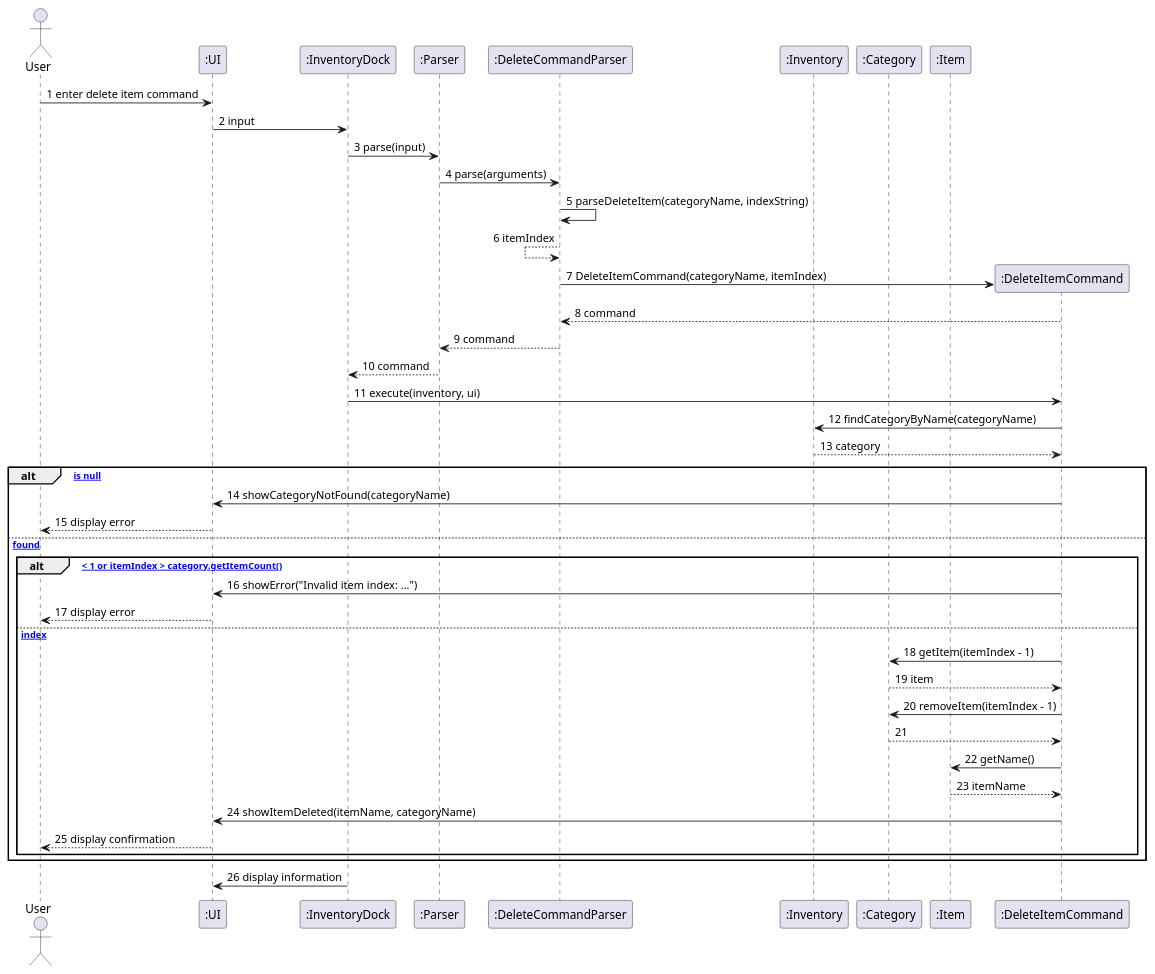
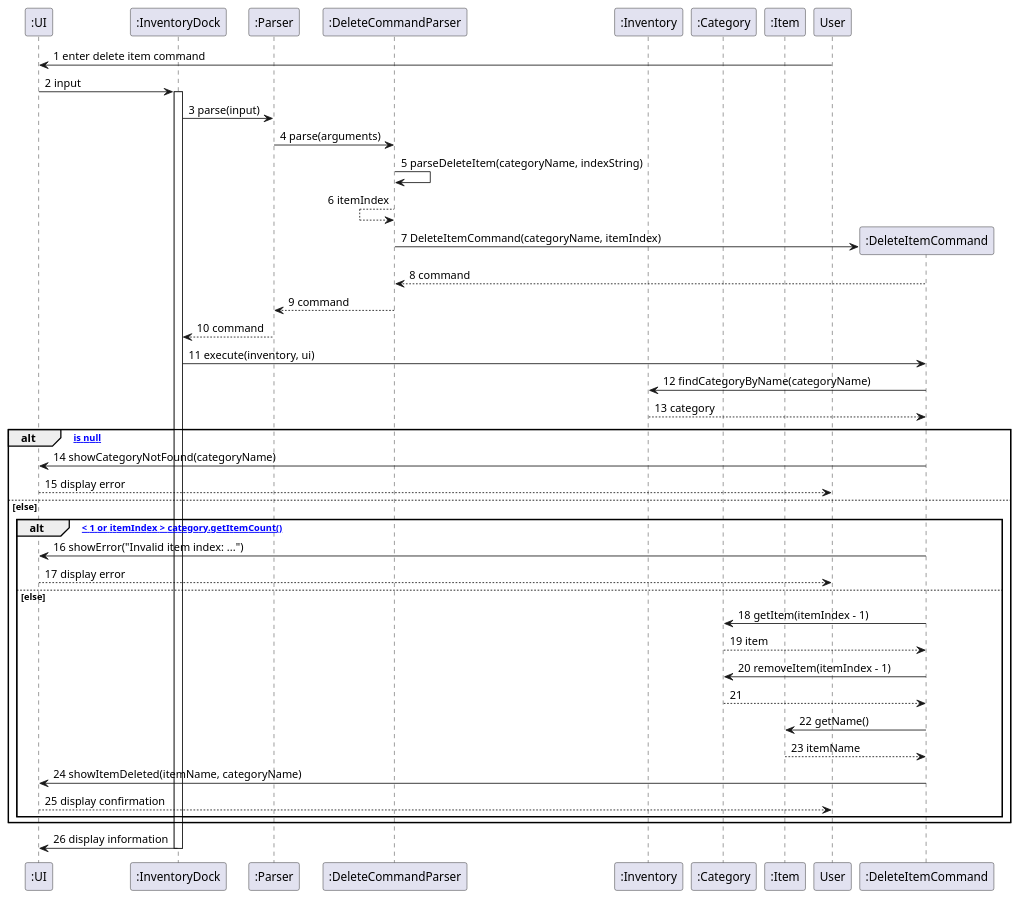
One commit to KOIiiii07/tp changed the diagram in docs/diagrams/sequence/DeleteItemCommandMainFlow.puml. Above: the diagram before and after it, drawn with PlantUML. The commit also changed other lines of this file and 100 other files, not shown here.

Commit message:
Update diagrams

```diff
--- a/docs/diagrams/sequence/DeleteItemCommandMainFlow.puml
+++ b/docs/diagrams/sequence/DeleteItemCommandMainFlow.puml
@@ -1,49 +1,50 @@
-@startuml Sequence Diagram for DeleteItemCommand
-actor User
+@startuml`r`ntitle Sequence Diagram for DeleteItemCommand`r`nactor User
 participant ":UI" as UI
 participant ":InventoryDock" as InventoryDock
 participant ":Parser" as Parser
 participant ":DeleteCommandParser" as DeleteCommandParser
 participant ":Inventory" as Inventory
 participant ":Category" as Category
 participant ":Item" as Item
 
 User -> UI : 1 enter delete item command
 UI -> InventoryDock : 2 input
+activate InventoryDock
 InventoryDock -> Parser : 3 parse(input)
 Parser -> DeleteCommandParser : 4 parse(arguments)
 DeleteCommandParser -> DeleteCommandParser : 5 parseDeleteItem(categoryName, indexString)
 DeleteCommandParser <-- DeleteCommandParser : 6 itemIndex
 create ":DeleteItemCommand" as DeleteItemCommand
 DeleteCommandParser -> DeleteItemCommand : 7 DeleteItemCommand(categoryName, itemIndex)
 DeleteCommandParser <-- DeleteItemCommand : 8 command
 Parser <-- DeleteCommandParser : 9 command
 InventoryDock <-- Parser : 10 command
 InventoryDock -> DeleteItemCommand : 11 execute(inventory, ui)
 DeleteItemCommand -> Inventory : 12 findCategoryByName(categoryName)
 DeleteItemCommand <-- Inventory : 13 category
 
 alt [category is null]
     DeleteItemCommand -> UI : 14 showCategoryNotFound(categoryName)
     UI --> User : 15 display error
 
-else [category found]
+else else
     alt [itemIndex < 1 or itemIndex > category.getItemCount()]
         DeleteItemCommand -> UI : 16 showError("Invalid item index: ...")
         UI --> User : 17 display error
 
-    else [valid index]
+    else else
         DeleteItemCommand -> Category : 18 getItem(itemIndex - 1)
         DeleteItemCommand <-- Category : 19 item
         DeleteItemCommand -> Category : 20 removeItem(itemIndex - 1)
         DeleteItemCommand <-- Category : 21
         DeleteItemCommand -> Item : 22 getName()
         DeleteItemCommand <-- Item : 23 itemName
         DeleteItemCommand -> UI : 24 showItemDeleted(itemName, categoryName)
         UI --> User : 25 display confirmation
     end
 end
 
 InventoryDock -> UI : 26 display information
+deactivate InventoryDock
 
 @enduml
```
